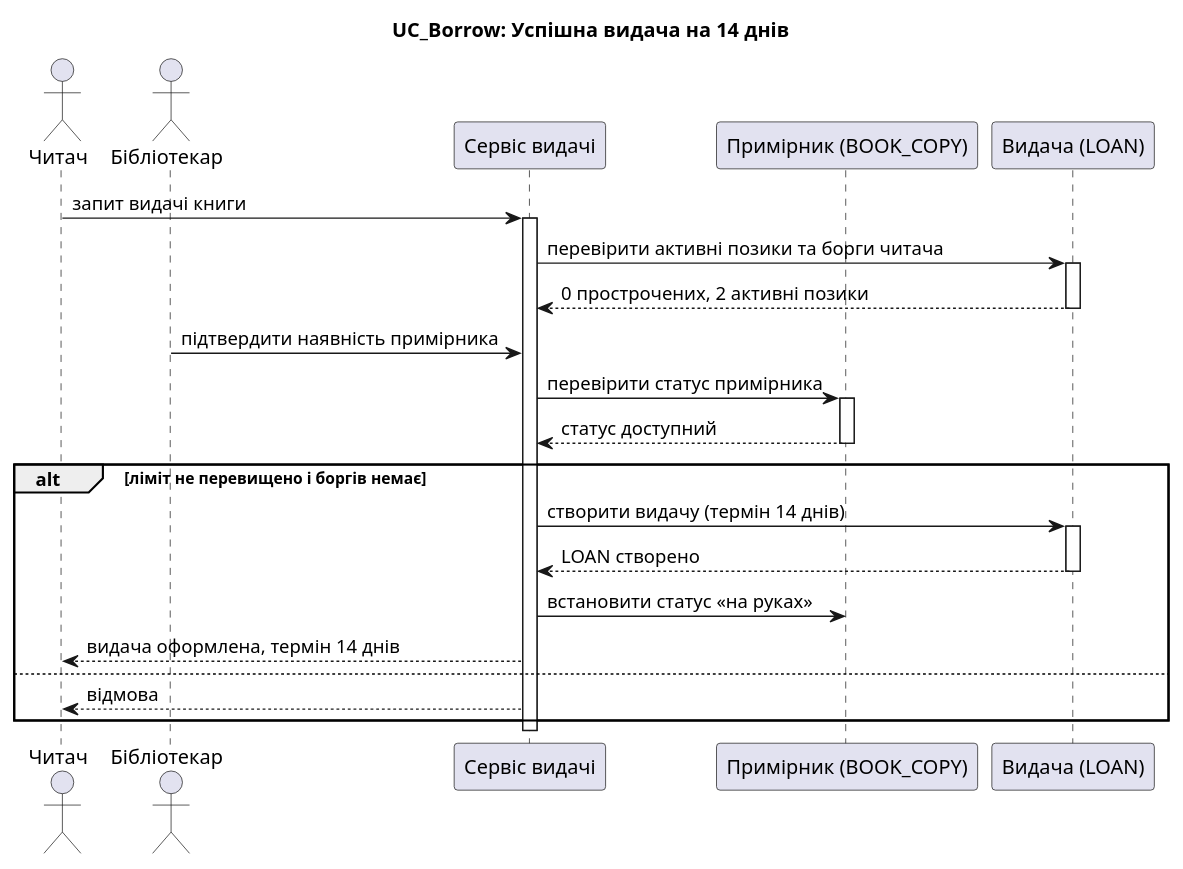
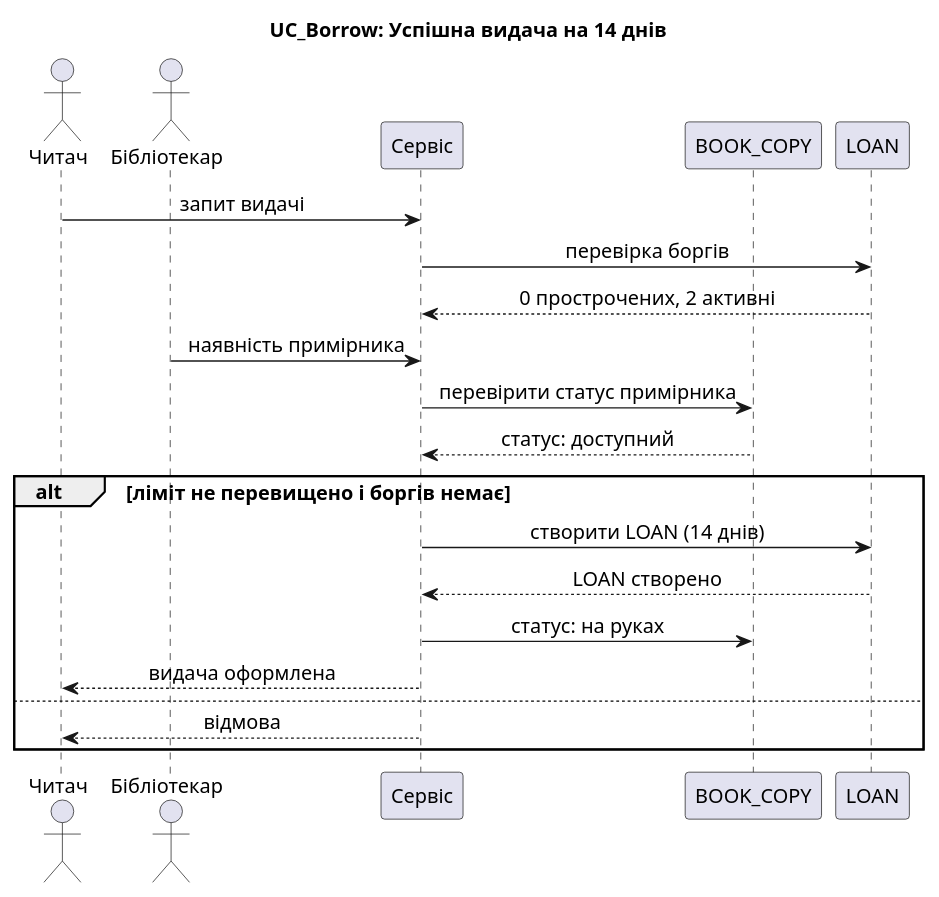
Before and after one commit to veronikapaschenkor29-png/Library-Modeling-and-Analysis-of-Software-Requirements: the first of 5 diagrams in task-3/sequence.puml, drawn with PlantUML. The commit also changed other lines of this file and 1 other file, not shown here.

First line of the commit message:
docs(task-3): remove activation bars from sequence diagrams

```diff
--- a/task-3/sequence.puml
+++ b/task-3/sequence.puml
@@ -1,30 +1,24 @@
 @startuml S1_Success
+skinparam sequenceMessageAlign center
+skinparam defaultFontSize 14
 title UC_Borrow: Успішна видача на 14 днів
 actor "Читач" as R
 actor "Бібліотекар" as L
-participant "Сервіс видачі" as S
-participant "Примірник (BOOK_COPY)" as C
-participant "Видача (LOAN)" as N
-R -> S : запит видачі книги
-activate S
-S -> N : перевірити активні позики та борги читача
-activate N
-N --> S : 0 прострочених, 2 активні позики
-deactivate N
-L -> S : підтвердити наявність примірника
+participant "Сервіс" as S
+participant "BOOK_COPY" as C
+participant "LOAN" as N
+R -> S : запит видачі
+S -> N : перевірка боргів
+N --> S : 0 прострочених, 2 активні
+L -> S : наявність примірника
 S -> C : перевірити статус примірника
-activate C
-C --> S : статус доступний
-deactivate C
+C --> S : статус: доступний
 alt ліміт не перевищено і боргів немає
-  S -> N : створити видачу (термін 14 днів)
-  activate N
+  S -> N : створити LOAN (14 днів)
   N --> S : LOAN створено
-  deactivate N
-  S -> C : встановити статус «на руках»
-  S --> R : видача оформлена, термін 14 днів
+  S -> C : статус: на руках
+  S --> R : видача оформлена
 else
   S --> R : відмова
 end
-deactivate S
 @enduml
```
